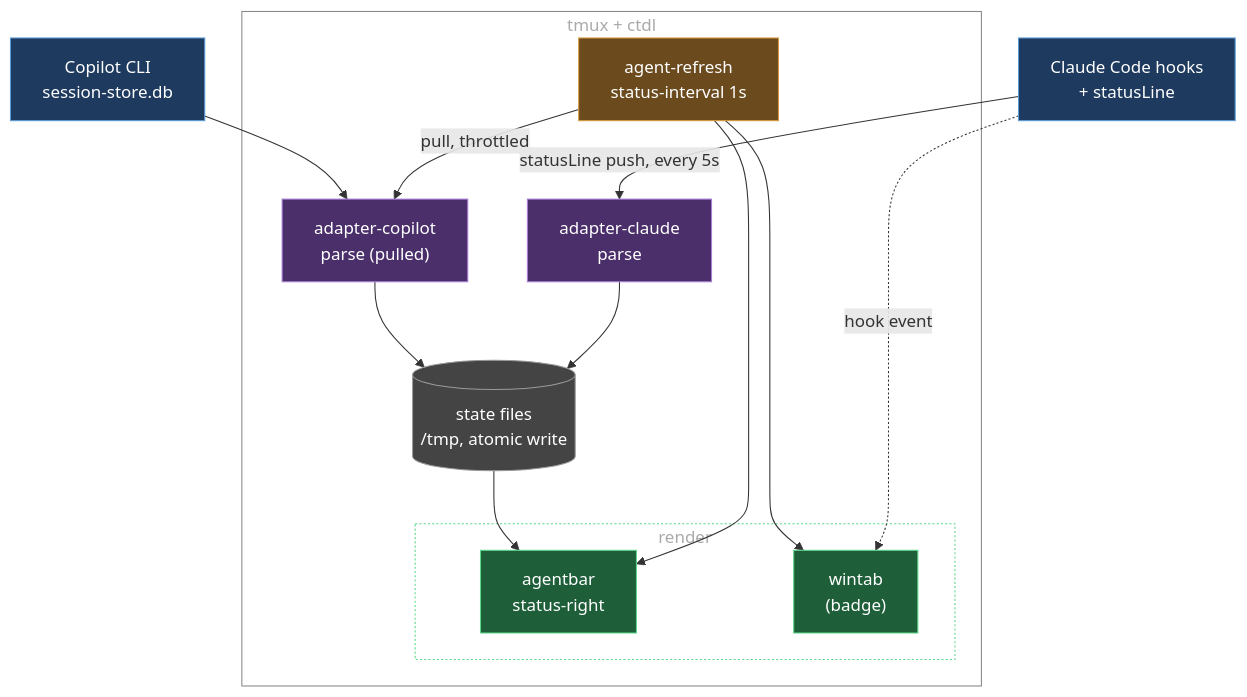
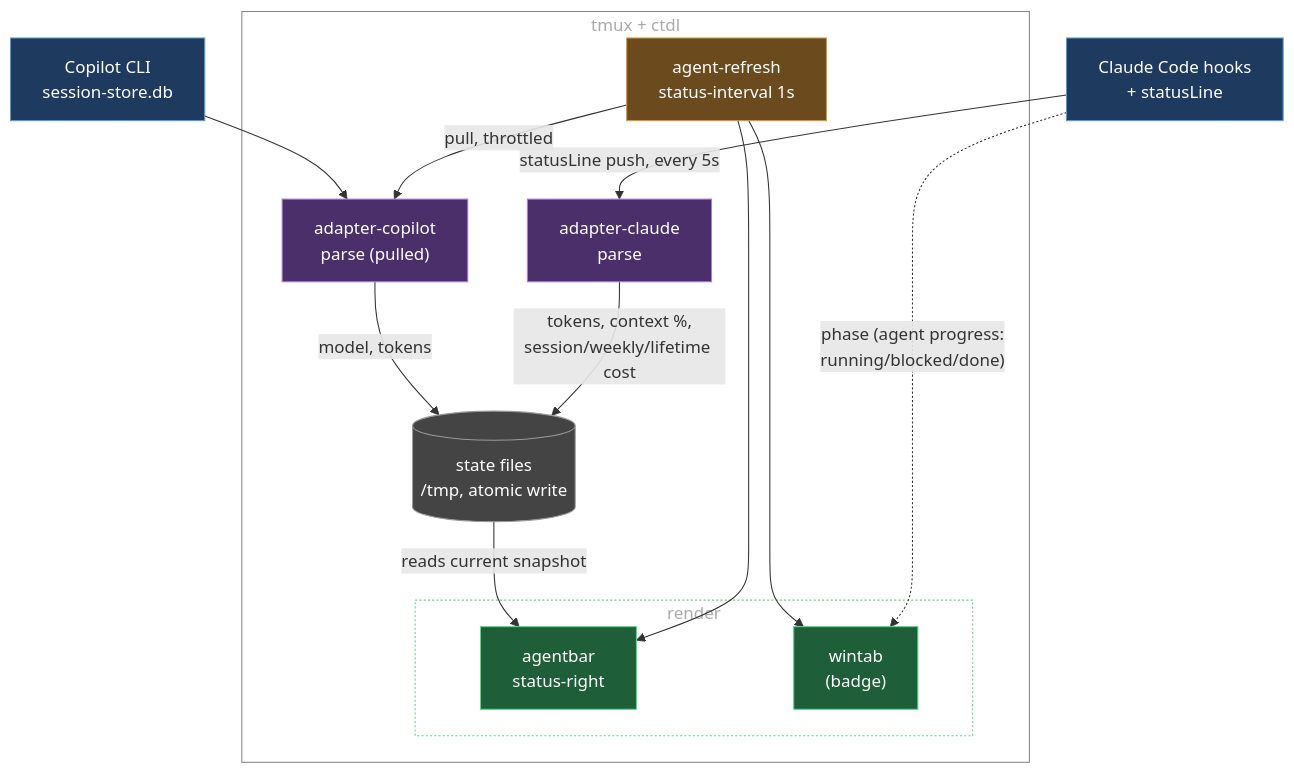
Before and after one commit to marcintk/tmux-ctdl: the diagram in README.md, drawn with Mermaid.

Commit message:
docs: label diagram edges with the actual data kinds (tokens, cost, context %, phase)

````diff
--- a/README.md
+++ b/README.md
@@ -110,36 +110,36 @@
 ```mermaid
 graph TD
   claude["Claude Code hooks<br/>+ statusLine"]:::src
   copilot["Copilot CLI<br/>session-store.db"]:::src
 
   subgraph ctdl["tmux + ctdl"]
     tick["agent-refresh<br/>status-interval 1s"]:::sched
     adapterClaude["adapter-claude<br/>parse"]:::adapter
     adapterCopilot["adapter-copilot<br/>parse (pulled)"]:::adapter
     state[("state files<br/>/tmp, atomic write")]:::store
     subgraph render["render"]
       agentbar["agentbar<br/>status-right"]:::out
       wintab["wintab<br/>(badge)"]:::out
     end
   end
 
   claude -- statusLine push, every 5s --> adapterClaude
   tick -- pull, throttled --> adapterCopilot
   copilot --> adapterCopilot
 
-  adapterClaude --> state
-  adapterCopilot --> state
-  claude -. hook event .-> wintab
+  adapterClaude -- "tokens, context %,<br/>session/weekly/lifetime cost" --> state
+  adapterCopilot -- "model, tokens" --> state
+  claude -. "phase (agent progress:<br/>running/blocked/done)" .-> wintab
 
   tick --> agentbar
   tick --> wintab
-  state --> agentbar
+  state -- reads current snapshot --> agentbar
 
   classDef src fill:#1e3a5f,stroke:#5b9bd5,color:#fff
   classDef adapter fill:#4a2f6b,stroke:#a97fd6,color:#fff
   classDef store fill:#444,stroke:#999,color:#fff
   classDef sched fill:#6b4a1e,stroke:#d69a3f,color:#fff
   classDef out fill:#1e5f3a,stroke:#5bd68a,color:#fff
   style ctdl fill:none,stroke:#888,color:#aaa
   style render fill:none,stroke:#5bd68a,stroke-dasharray:2 2,color:#aaa
 ```
````
